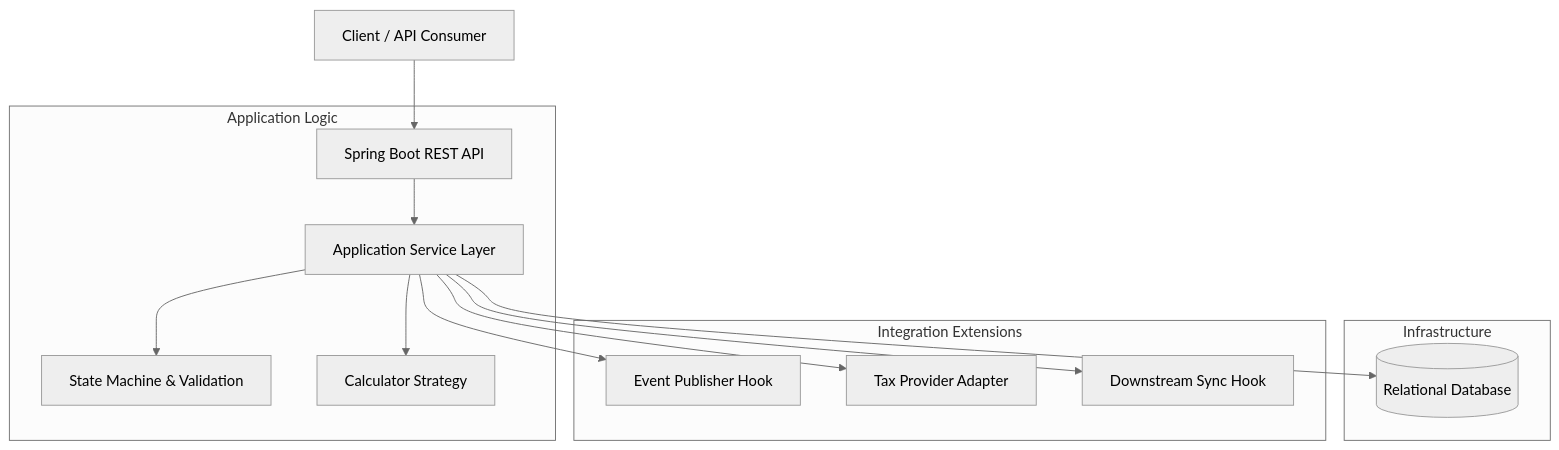
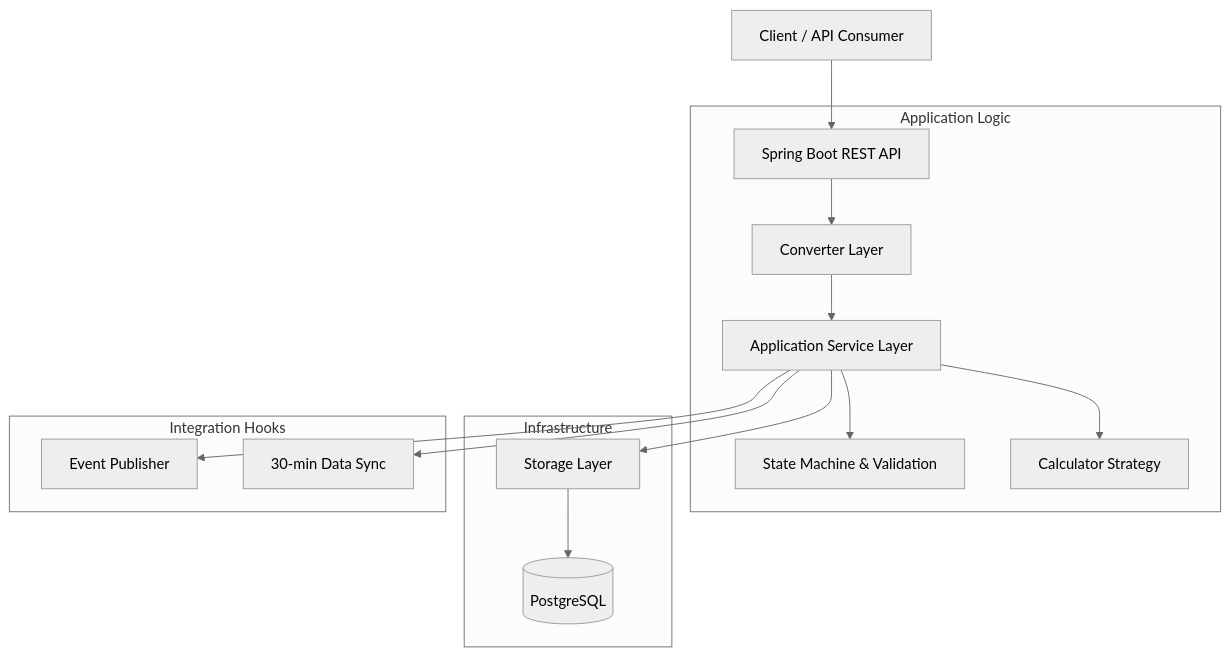
Before and after one commit to liuliuOD/order-management-api: the first of 2 diagrams in README.md, drawn with Mermaid (neutral theme). The commit also changed other lines of this file, not shown here.

Commit message:
docs: modernize README with architecture, lifecycle, and technical details

````diff
--- a/README.md
+++ b/README.md
@@ -19,20 +27,21 @@
 ```mermaid
 graph TD
     Client[Client / API Consumer] --> Controller[Spring Boot REST API]
     
     subgraph "Application Logic"
-        Controller --> Service[Application Service Layer]
+        Controller --> Converter[Converter Layer]
+        Converter --> Service[Application Service Layer]
         Service --> StateMachine[State Machine & Validation]
         Service --> Calculator[Calculator Strategy]
     end
     
     subgraph "Infrastructure"
-        Service --> DB[(Relational Database)]
+        Service --> Storage[Storage Layer]
+        Storage --> DB[(PostgreSQL)]
     end
     
-    subgraph "Integration Extensions"
-        Service --> Pub[Event Publisher Hook]
-        Service --> Adapter[Tax Provider Adapter]
-        Service --> Sync[Downstream Sync Hook]
+    subgraph "Integration Hooks"
+        Service --> Pub[Event Publisher]
+        Service --> Sync[30-min Data Sync]
     end
 ```
````
